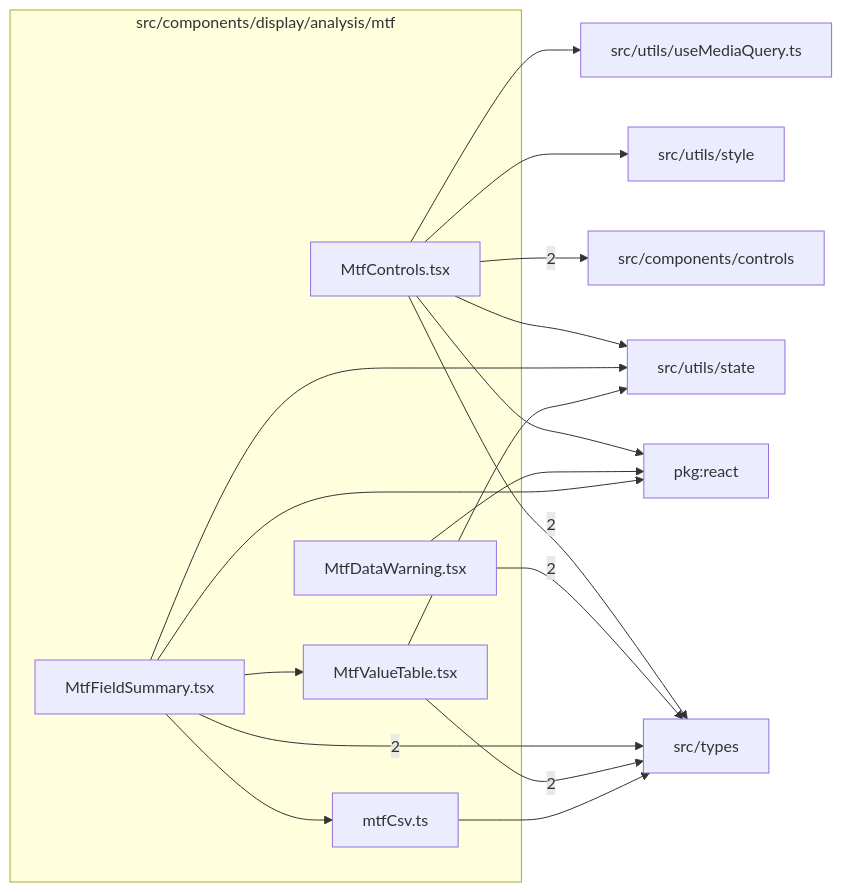
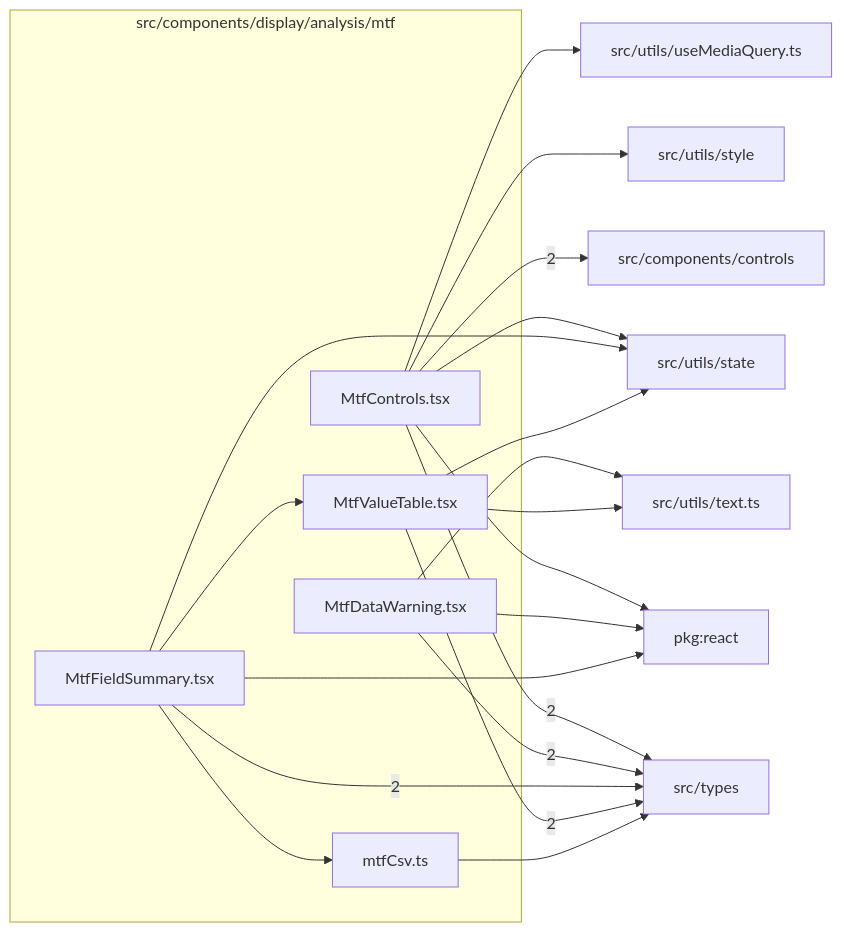
The diagram in src/components/display/analysis/mtf/readme.md (ronbuening/LensVisualizer), drawn with Mermaid before and after one commit. The commit also changed other lines of this file and 99 other files, not shown here.

Commit message:
Extend translation-safe text ownership across display views

````diff
--- a/src/components/display/analysis/mtf/readme.md
+++ b/src/components/display/analysis/mtf/readme.md
@@ -9,32 +9,35 @@
 ```mermaid
 flowchart LR
   subgraph n_src_components_display_analysis_mtf["src/components/display/analysis/mtf"]
     n_src_components_display_analysis_mtf_src_components_display_analysis_mtf_MtfControls_tsx["MtfControls.tsx"]
     n_src_components_display_analysis_mtf_src_components_display_analysis_mtf_mtfCsv_ts["mtfCsv.ts"]
     n_src_components_display_analysis_mtf_src_components_display_analysis_mtf_MtfDataWarning_tsx["MtfDataWarning.tsx"]
     n_src_components_display_analysis_mtf_src_components_display_analysis_mtf_MtfFieldSummary_tsx["MtfFieldSummary.tsx"]
     n_src_components_display_analysis_mtf_src_components_display_analysis_mtf_MtfValueTable_tsx["MtfValueTable.tsx"]
   end
   n_external_src_components_controls["src/components/controls"]
   n_external_src_types["src/types"]
   n_external_pkg_react["pkg:react"]
   n_external_src_utils_state["src/utils/state"]
   n_external_src_utils_style["src/utils/style"]
+  n_external_src_utils_text_ts["src/utils/text.ts"]
   n_external_src_utils_useMediaQuery_ts["src/utils/useMediaQuery.ts"]
   n_src_components_display_analysis_mtf_src_components_display_analysis_mtf_MtfControls_tsx --> |2| n_external_src_components_controls
   n_src_components_display_analysis_mtf_src_components_display_analysis_mtf_MtfControls_tsx --> |2| n_external_src_types
   n_src_components_display_analysis_mtf_src_components_display_analysis_mtf_MtfDataWarning_tsx --> |2| n_external_src_types
   n_src_components_display_analysis_mtf_src_components_display_analysis_mtf_MtfFieldSummary_tsx --> |2| n_external_src_types
   n_src_components_display_analysis_mtf_src_components_display_analysis_mtf_MtfValueTable_tsx --> |2| n_external_src_types
   n_src_components_display_analysis_mtf_src_components_display_analysis_mtf_MtfControls_tsx --> n_external_pkg_react
   n_src_components_display_analysis_mtf_src_components_display_analysis_mtf_MtfDataWarning_tsx --> n_external_pkg_react
   n_src_components_display_analysis_mtf_src_components_display_analysis_mtf_MtfFieldSummary_tsx --> n_external_pkg_react
   n_src_components_display_analysis_mtf_src_components_display_analysis_mtf_mtfCsv_ts --> n_external_src_types
   n_src_components_display_analysis_mtf_src_components_display_analysis_mtf_MtfControls_tsx --> n_external_src_utils_state
   n_src_components_display_analysis_mtf_src_components_display_analysis_mtf_MtfFieldSummary_tsx --> n_external_src_utils_state
   n_src_components_display_analysis_mtf_src_components_display_analysis_mtf_MtfValueTable_tsx --> n_external_src_utils_state
   n_src_components_display_analysis_mtf_src_components_display_analysis_mtf_MtfControls_tsx --> n_external_src_utils_style
+  n_src_components_display_analysis_mtf_src_components_display_analysis_mtf_MtfDataWarning_tsx --> n_external_src_utils_text_ts
+  n_src_components_display_analysis_mtf_src_components_display_analysis_mtf_MtfValueTable_tsx --> n_external_src_utils_text_ts
   n_src_components_display_analysis_mtf_src_components_display_analysis_mtf_MtfControls_tsx --> n_external_src_utils_useMediaQuery_ts
   n_src_components_display_analysis_mtf_src_components_display_analysis_mtf_MtfFieldSummary_tsx --> n_src_components_display_analysis_mtf_src_components_display_analysis_mtf_mtfCsv_ts
   n_src_components_display_analysis_mtf_src_components_display_analysis_mtf_MtfFieldSummary_tsx --> n_src_components_display_analysis_mtf_src_components_display_analysis_mtf_MtfValueTable_tsx
 ```
````
